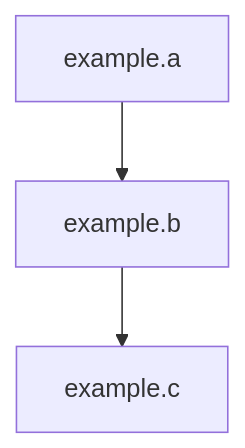
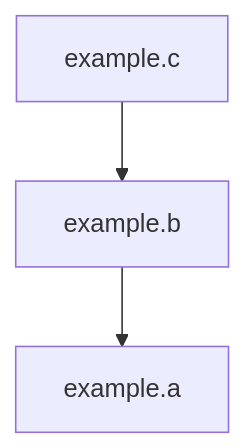
Before and after one commit to robfromboulder/viewmapper: the first of 2 diagrams in README.md, drawn with Mermaid.

````diff
--- a/README.md
+++ b/README.md
@@ -18,9 +18,9 @@
 ```mermaid
 graph TD
-    node1["example.a"]
+    node1["example.c"]
     node2["example.b"]
-    node3["example.c"]
+    node3["example.a"]
 
     node1 --> node2
     node2 --> node3
 ```
````
